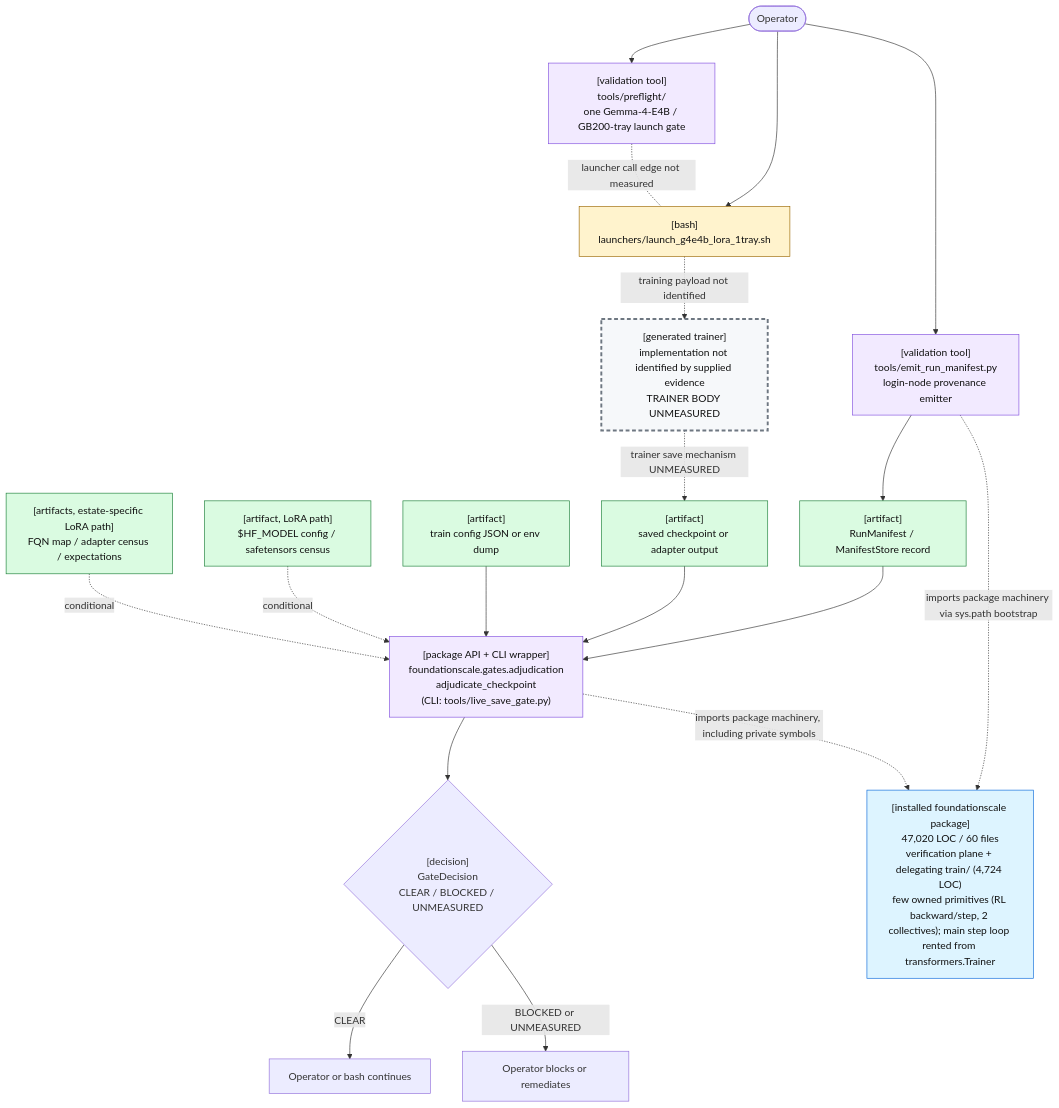
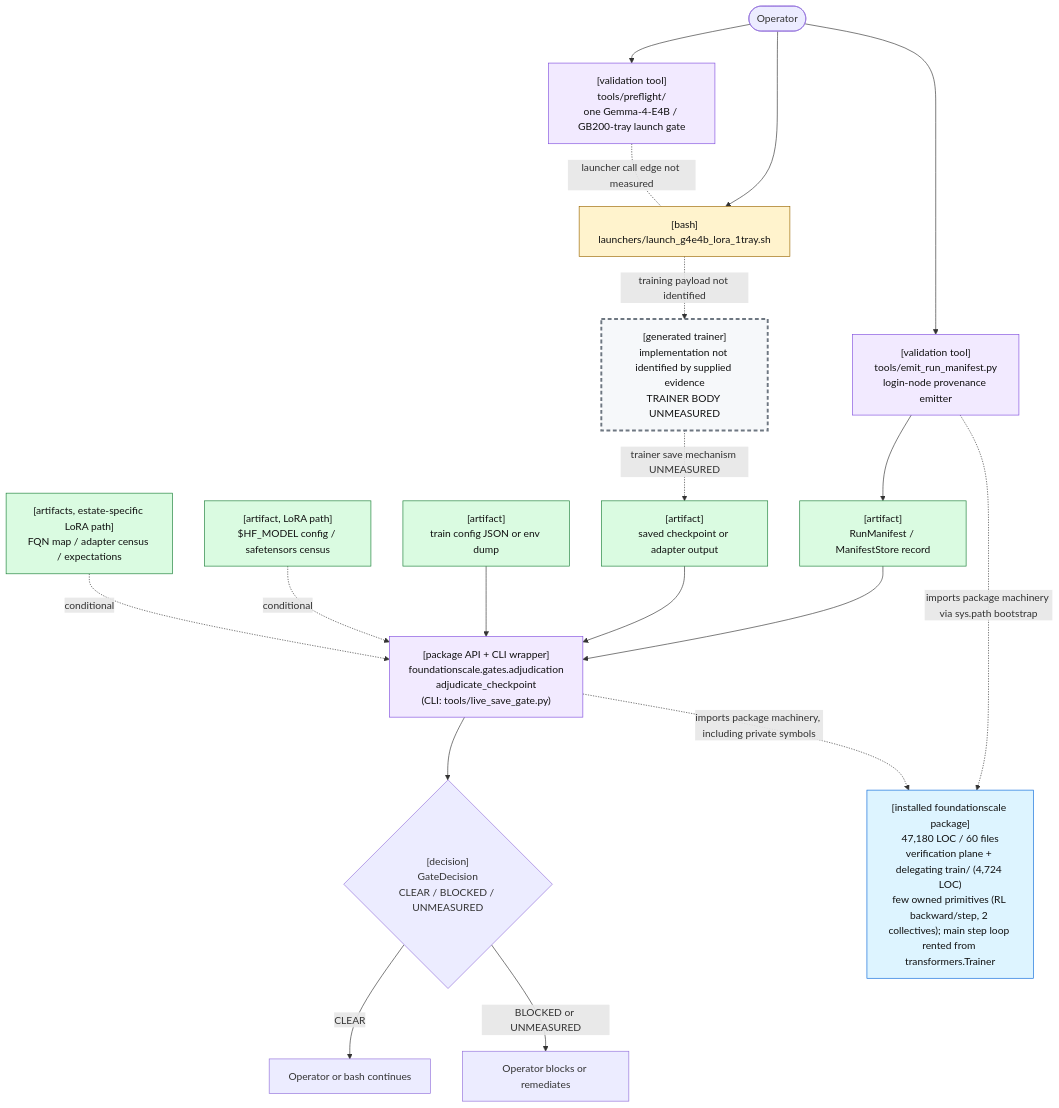
The first of 2 diagrams in docs/review/D2_current_architecture.md (TranNhiem/FoundationScale), drawn with Mermaid before and after one commit. The commit also changed other lines of this file and 14 other files, not shown here.

````diff
--- a/docs/review/D2_current_architecture.md
+++ b/docs/review/D2_current_architecture.md
@@ -25,59 +25,59 @@
 ```mermaid
 flowchart TB
   O(["Operator"])
 
   PF["[validation tool]<br/>tools/preflight/<br/>one Gemma-4-E4B / GB200-tray launch gate"]
   L["[bash]<br/>launchers/launch_g4e4b_lora_1tray.sh"]
 
   E["[validation tool]<br/>tools/emit_run_manifest.py<br/>login-node provenance emitter"]
   M["[artifact]<br/>RunManifest / ManifestStore record"]
 
   T["[generated trainer]<br/>implementation not identified by supplied evidence<br/>TRAINER BODY UNMEASURED"]
   C["[artifact]<br/>saved checkpoint or adapter output"]
 
   G["[package API + CLI wrapper]<br/>foundationscale.gates.adjudication<br/>adjudicate_checkpoint<br/>(CLI: tools/live_save_gate.py)"]
   CFG["[artifact]<br/>train config JSON or env dump"]
   BASE["[artifact, LoRA path]<br/>$HF_MODEL config / safetensors census"]
   CEN["[artifacts, estate-specific LoRA path]<br/>FQN map / adapter census / expectations"]
 
   D{"[decision]<br/>GateDecision<br/>CLEAR / BLOCKED / UNMEASURED"}
   OK["Operator or bash continues"]
   NO["Operator blocks or remediates"]
 
-  PKG["[installed foundationscale package]<br/>47,020 LOC / 60 files<br/>verification plane + delegating train/ (4,724 LOC)<br/>few owned primitives (RL backward/step, 2 collectives); main step loop rented from transformers.Trainer"]
+  PKG["[installed foundationscale package]<br/>47,180 LOC / 60 files<br/>verification plane + delegating train/ (4,724 LOC)<br/>few owned primitives (RL backward/step, 2 collectives); main step loop rented from transformers.Trainer"]
 
   O --> PF
   O --> L
   PF -. "launcher call edge not measured" .- L
 
   O --> E
   E --> M
 
   L -. "training payload not identified" .-> T
   T -. "trainer save mechanism UNMEASURED" .-> C
 
   M --> G
   C --> G
   CFG --> G
   BASE -. "conditional" .-> G
   CEN -. "conditional" .-> G
 
   E -. "imports package machinery via sys.path bootstrap" .-> PKG
   G -. "imports package machinery, including private symbols" .-> PKG
 
   G --> D
   D -->|"CLEAR"| OK
   D -->|"BLOCKED or UNMEASURED"| NO
 
   classDef bash fill:#fff3cd,stroke:#9a6700,color:#111;
   classDef tool fill:#f2eaff,stroke:#8250df,color:#111;
   classDef artifact fill:#dafbe1,stroke:#1a7f37,color:#111;
   classDef gap fill:#f6f8fa,stroke:#6e7781,stroke-width:3px,stroke-dasharray: 6 4,color:#111;
   classDef pkg fill:#ddf4ff,stroke:#0969da,color:#111;
 
   class L bash;
   class PF,E,G tool;
   class M,C,CFG,BASE,CEN artifact;
   class T gap;
   class PKG pkg;
 ```
````
